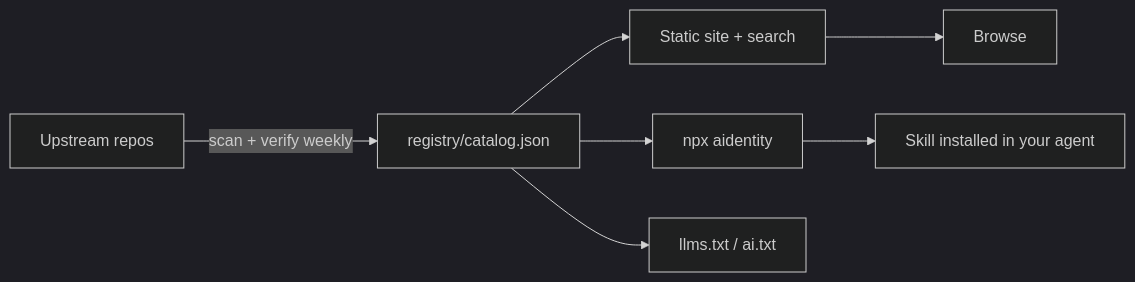
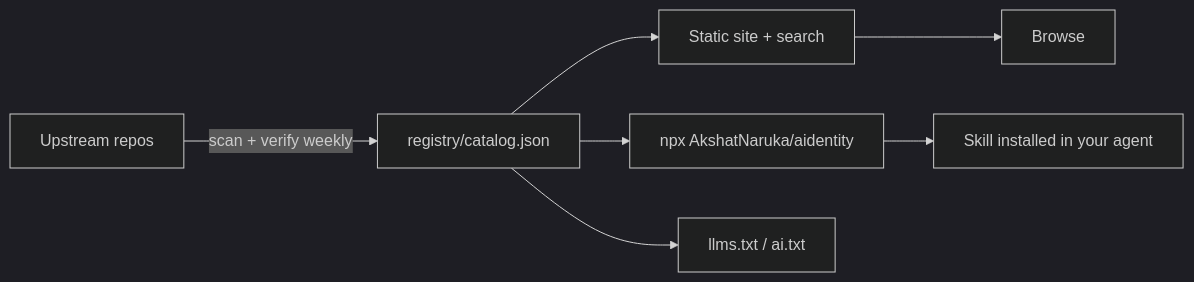
One commit to AkshatNaruka/aidentity changed the diagram in README.md. Above: the diagram before and after it, drawn with Mermaid (dark theme). The commit also changed other lines of this file and 12 other files, not shown here.

````diff
--- a/README.md
+++ b/README.md
@@ -120,9 +124,9 @@
 ```mermaid
 flowchart LR
   A[Upstream repos] -->|scan + verify weekly| B[registry/catalog.json]
   B --> C[Static site + search]
-  B --> D[npx aidentity]
+  B --> D[npx AkshatNaruka/aidentity]
   B --> E[llms.txt / ai.txt]
   C --> F[Browse]
   D --> G[Skill installed in your agent]
 ```
````
